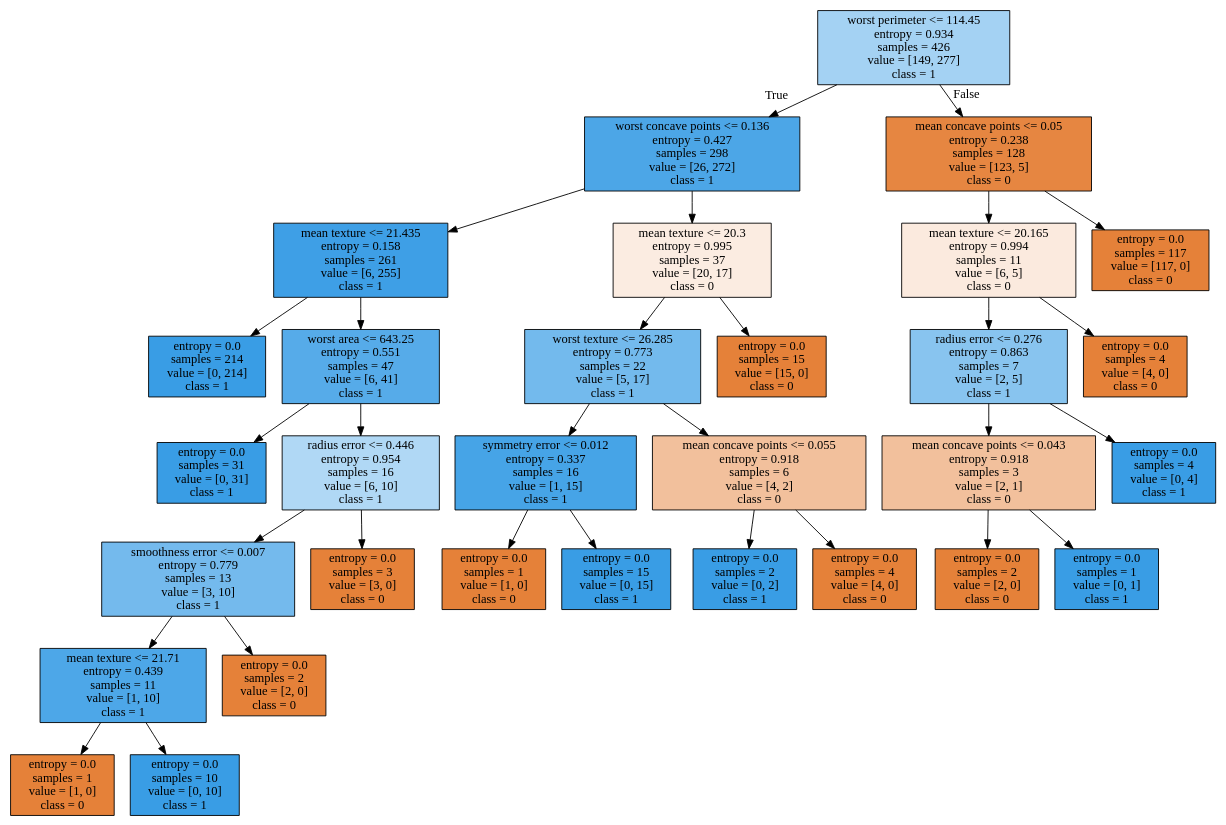
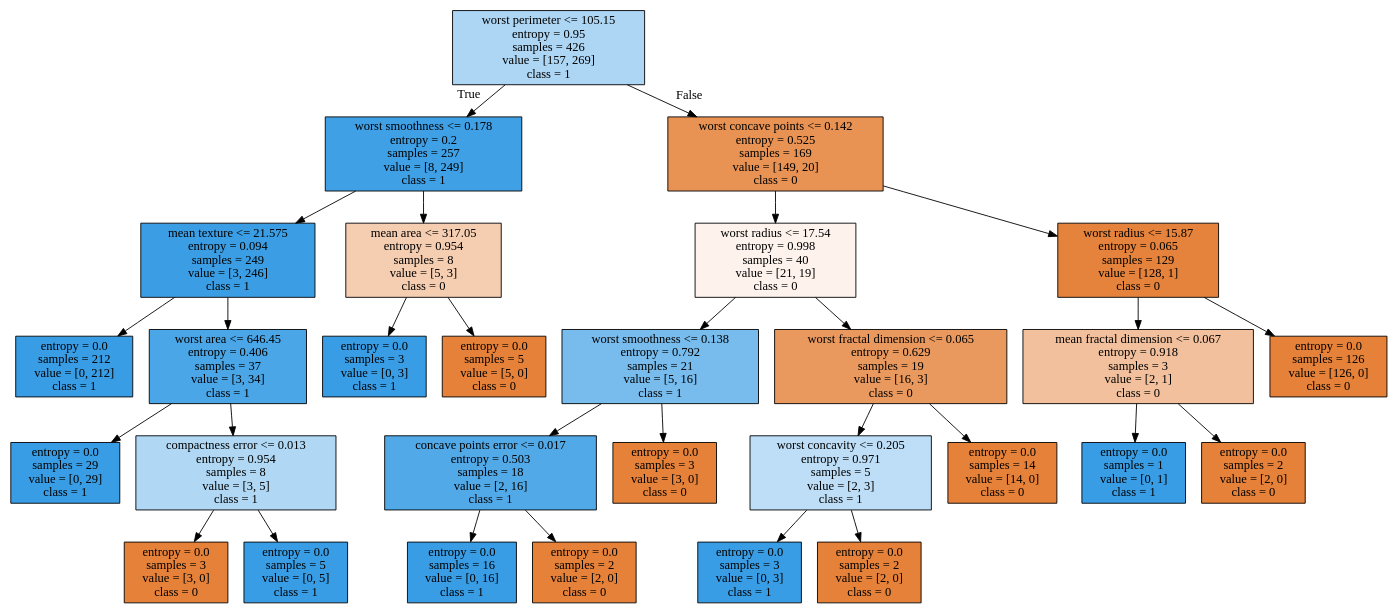
Before and after one commit to Soniyasunny1/3950_Workbooks: the diagram in tree.dot, drawn with Graphviz. The commit also changed 3 other files, not shown here.

```diff
--- a/tree.dot
+++ b/tree.dot
@@ -1,64 +1,60 @@
 digraph Tree {
 node [shape=box, style="filled", color="black"] ;
-0 [label="worst perimeter <= 114.45\nentropy = 0.934\nsamples = 426\nvalue = [149, 277]\nclass = 1", fillcolor="#a4d2f3"] ;
-1 [label="worst concave points <= 0.136\nentropy = 0.427\nsamples = 298\nvalue = [26, 272]\nclass = 1", fillcolor="#4ca6e7"] ;
+0 [label="worst perimeter <= 105.15\nentropy = 0.95\nsamples = 426\nvalue = [157, 269]\nclass = 1", fillcolor="#add6f4"] ;
+1 [label="worst smoothness <= 0.178\nentropy = 0.2\nsamples = 257\nvalue = [8, 249]\nclass = 1", fillcolor="#3fa0e6"] ;
 0 -> 1 [labeldistance=2.5, labelangle=45, headlabel="True"] ;
-2 [label="mean texture <= 21.435\nentropy = 0.158\nsamples = 261\nvalue = [6, 255]\nclass = 1", fillcolor="#3e9fe6"] ;
+2 [label="mean texture <= 21.575\nentropy = 0.094\nsamples = 249\nvalue = [3, 246]\nclass = 1", fillcolor="#3b9ee5"] ;
 1 -> 2 ;
-3 [label="entropy = 0.0\nsamples = 214\nvalue = [0, 214]\nclass = 1", fillcolor="#399de5"] ;
+3 [label="entropy = 0.0\nsamples = 212\nvalue = [0, 212]\nclass = 1", fillcolor="#399de5"] ;
 2 -> 3 ;
-4 [label="worst area <= 643.25\nentropy = 0.551\nsamples = 47\nvalue = [6, 41]\nclass = 1", fillcolor="#56abe9"] ;
+4 [label="worst area <= 646.45\nentropy = 0.406\nsamples = 37\nvalue = [3, 34]\nclass = 1", fillcolor="#4aa6e7"] ;
 2 -> 4 ;
-5 [label="entropy = 0.0\nsamples = 31\nvalue = [0, 31]\nclass = 1", fillcolor="#399de5"] ;
+5 [label="entropy = 0.0\nsamples = 29\nvalue = [0, 29]\nclass = 1", fillcolor="#399de5"] ;
 4 -> 5 ;
-6 [label="radius error <= 0.446\nentropy = 0.954\nsamples = 16\nvalue = [6, 10]\nclass = 1", fillcolor="#b0d8f5"] ;
+6 [label="compactness error <= 0.013\nentropy = 0.954\nsamples = 8\nvalue = [3, 5]\nclass = 1", fillcolor="#b0d8f5"] ;
 4 -> 6 ;
-7 [label="smoothness error <= 0.007\nentropy = 0.779\nsamples = 13\nvalue = [3, 10]\nclass = 1", fillcolor="#74baed"] ;
+7 [label="entropy = 0.0\nsamples = 3\nvalue = [3, 0]\nclass = 0", fillcolor="#e58139"] ;
 6 -> 7 ;
-8 [label="mean texture <= 21.71\nentropy = 0.439\nsamples = 11\nvalue = [1, 10]\nclass = 1", fillcolor="#4da7e8"] ;
-7 -> 8 ;
-9 [label="entropy = 0.0\nsamples = 1\nvalue = [1, 0]\nclass = 0", fillcolor="#e58139"] ;
-8 -> 9 ;
-10 [label="entropy = 0.0\nsamples = 10\nvalue = [0, 10]\nclass = 1", fillcolor="#399de5"] ;
-8 -> 10 ;
-11 [label="entropy = 0.0\nsamples = 2\nvalue = [2, 0]\nclass = 0", fillcolor="#e58139"] ;
-7 -> 11 ;
-12 [label="entropy = 0.0\nsamples = 3\nvalue = [3, 0]\nclass = 0", fillcolor="#e58139"] ;
-6 -> 12 ;
-13 [label="mean texture <= 20.3\nentropy = 0.995\nsamples = 37\nvalue = [20, 17]\nclass = 0", fillcolor="#fbece1"] ;
-1 -> 13 ;
-14 [label="worst texture <= 26.285\nentropy = 0.773\nsamples = 22\nvalue = [5, 17]\nclass = 1", fillcolor="#73baed"] ;
+8 [label="entropy = 0.0\nsamples = 5\nvalue = [0, 5]\nclass = 1", fillcolor="#399de5"] ;
+6 -> 8 ;
+9 [label="mean area <= 317.05\nentropy = 0.954\nsamples = 8\nvalue = [5, 3]\nclass = 0", fillcolor="#f5cdb0"] ;
+1 -> 9 ;
+10 [label="entropy = 0.0\nsamples = 3\nvalue = [0, 3]\nclass = 1", fillcolor="#399de5"] ;
+9 -> 10 ;
+11 [label="entropy = 0.0\nsamples = 5\nvalue = [5, 0]\nclass = 0", fillcolor="#e58139"] ;
+9 -> 11 ;
+12 [label="worst concave points <= 0.142\nentropy = 0.525\nsamples = 169\nvalue = [149, 20]\nclass = 0", fillcolor="#e89254"] ;
+0 -> 12 [labeldistance=2.5, labelangle=-45, headlabel="False"] ;
+13 [label="worst radius <= 17.54\nentropy = 0.998\nsamples = 40\nvalue = [21, 19]\nclass = 0", fillcolor="#fdf3ec"] ;
+12 -> 13 ;
+14 [label="worst smoothness <= 0.138\nentropy = 0.792\nsamples = 21\nvalue = [5, 16]\nclass = 1", fillcolor="#77bced"] ;
 13 -> 14 ;
-15 [label="symmetry error <= 0.012\nentropy = 0.337\nsamples = 16\nvalue = [1, 15]\nclass = 1", fillcolor="#46a4e7"] ;
+15 [label="concave points error <= 0.017\nentropy = 0.503\nsamples = 18\nvalue = [2, 16]\nclass = 1", fillcolor="#52a9e8"] ;
 14 -> 15 ;
-16 [label="entropy = 0.0\nsamples = 1\nvalue = [1, 0]\nclass = 0", fillcolor="#e58139"] ;
+16 [label="entropy = 0.0\nsamples = 16\nvalue = [0, 16]\nclass = 1", fillcolor="#399de5"] ;
 15 -> 16 ;
-17 [label="entropy = 0.0\nsamples = 15\nvalue = [0, 15]\nclass = 1", fillcolor="#399de5"] ;
+17 [label="entropy = 0.0\nsamples = 2\nvalue = [2, 0]\nclass = 0", fillcolor="#e58139"] ;
 15 -> 17 ;
-18 [label="mean concave points <= 0.055\nentropy = 0.918\nsamples = 6\nvalue = [4, 2]\nclass = 0", fillcolor="#f2c09c"] ;
+18 [label="entropy = 0.0\nsamples = 3\nvalue = [3, 0]\nclass = 0", fillcolor="#e58139"] ;
 14 -> 18 ;
-19 [label="entropy = 0.0\nsamples = 2\nvalue = [0, 2]\nclass = 1", fillcolor="#399de5"] ;
-18 -> 19 ;
-20 [label="entropy = 0.0\nsamples = 4\nvalue = [4, 0]\nclass = 0", fillcolor="#e58139"] ;
-18 -> 20 ;
-21 [label="entropy = 0.0\nsamples = 15\nvalue = [15, 0]\nclass = 0", fillcolor="#e58139"] ;
-13 -> 21 ;
-22 [label="mean concave points <= 0.05\nentropy = 0.238\nsamples = 128\nvalue = [123, 5]\nclass = 0", fillcolor="#e68641"] ;
-0 -> 22 [labeldistance=2.5, labelangle=-45, headlabel="False"] ;
-23 [label="mean texture <= 20.165\nentropy = 0.994\nsamples = 11\nvalue = [6, 5]\nclass = 0", fillcolor="#fbeade"] ;
-22 -> 23 ;
-24 [label="radius error <= 0.276\nentropy = 0.863\nsamples = 7\nvalue = [2, 5]\nclass = 1", fillcolor="#88c4ef"] ;
-23 -> 24 ;
-25 [label="mean concave points <= 0.043\nentropy = 0.918\nsamples = 3\nvalue = [2, 1]\nclass = 0", fillcolor="#f2c09c"] ;
+19 [label="worst fractal dimension <= 0.065\nentropy = 0.629\nsamples = 19\nvalue = [16, 3]\nclass = 0", fillcolor="#ea995e"] ;
+13 -> 19 ;
+20 [label="worst concavity <= 0.205\nentropy = 0.971\nsamples = 5\nvalue = [2, 3]\nclass = 1", fillcolor="#bddef6"] ;
+19 -> 20 ;
+21 [label="entropy = 0.0\nsamples = 3\nvalue = [0, 3]\nclass = 1", fillcolor="#399de5"] ;
+20 -> 21 ;
+22 [label="entropy = 0.0\nsamples = 2\nvalue = [2, 0]\nclass = 0", fillcolor="#e58139"] ;
+20 -> 22 ;
+23 [label="entropy = 0.0\nsamples = 14\nvalue = [14, 0]\nclass = 0", fillcolor="#e58139"] ;
+19 -> 23 ;
+24 [label="worst radius <= 15.87\nentropy = 0.065\nsamples = 129\nvalue = [128, 1]\nclass = 0", fillcolor="#e5823b"] ;
+12 -> 24 ;
+25 [label="mean fractal dimension <= 0.067\nentropy = 0.918\nsamples = 3\nvalue = [2, 1]\nclass = 0", fillcolor="#f2c09c"] ;
 24 -> 25 ;
-26 [label="entropy = 0.0\nsamples = 2\nvalue = [2, 0]\nclass = 0", fillcolor="#e58139"] ;
+26 [label="entropy = 0.0\nsamples = 1\nvalue = [0, 1]\nclass = 1", fillcolor="#399de5"] ;
 25 -> 26 ;
-27 [label="entropy = 0.0\nsamples = 1\nvalue = [0, 1]\nclass = 1", fillcolor="#399de5"] ;
+27 [label="entropy = 0.0\nsamples = 2\nvalue = [2, 0]\nclass = 0", fillcolor="#e58139"] ;
 25 -> 27 ;
-28 [label="entropy = 0.0\nsamples = 4\nvalue = [0, 4]\nclass = 1", fillcolor="#399de5"] ;
+28 [label="entropy = 0.0\nsamples = 126\nvalue = [126, 0]\nclass = 0", fillcolor="#e58139"] ;
 24 -> 28 ;
-29 [label="entropy = 0.0\nsamples = 4\nvalue = [4, 0]\nclass = 0", fillcolor="#e58139"] ;
-23 -> 29 ;
-30 [label="entropy = 0.0\nsamples = 117\nvalue = [117, 0]\nclass = 0", fillcolor="#e58139"] ;
-22 -> 30 ;
 }
```
